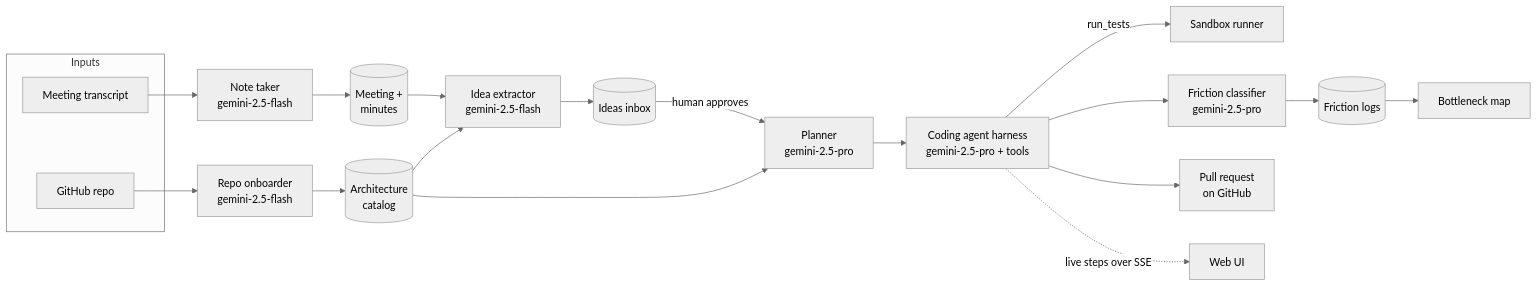
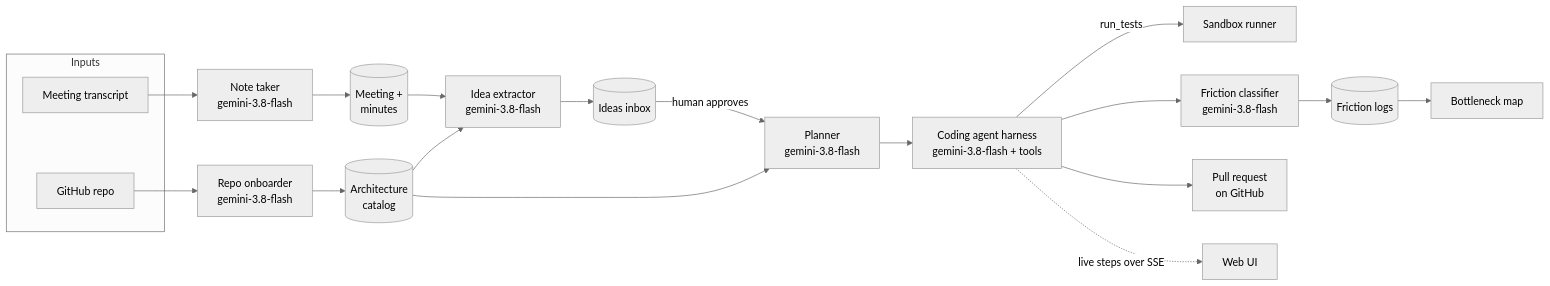
Before and after one commit to hamzam1997/tryout: the diagram in README.md, drawn with Mermaid (neutral theme). The commit also changed other lines of this file and 9 other files, not shown here.

First line of the commit message:
feat: move every agent stage to gemini-3.8-flash before 2.5 retires

````diff
--- a/README.md
+++ b/README.md
@@ -81,21 +81,21 @@
 ```mermaid
 flowchart LR
     subgraph Inputs
         R[GitHub repo]
         T[Meeting transcript]
     end
-    R --> O[Repo onboarder<br/>gemini-2.5-flash] --> C[(Architecture<br/>catalog)]
-    T --> N[Note taker<br/>gemini-2.5-flash] --> M[(Meeting +<br/>minutes)]
-    M --> X[Idea extractor<br/>gemini-2.5-flash]
+    R --> O[Repo onboarder<br/>gemini-3.8-flash] --> C[(Architecture<br/>catalog)]
+    T --> N[Note taker<br/>gemini-3.8-flash] --> M[(Meeting +<br/>minutes)]
+    M --> X[Idea extractor<br/>gemini-3.8-flash]
     C --> X
     X --> I[(Ideas inbox)]
-    I -- human approves --> P[Planner<br/>gemini-2.5-pro]
+    I -- human approves --> P[Planner<br/>gemini-3.8-flash]
     C --> P
-    P --> H[Coding agent harness<br/>gemini-2.5-pro + tools]
+    P --> H[Coding agent harness<br/>gemini-3.8-flash + tools]
     H -- run_tests --> S[Sandbox runner]
-    H --> F[Friction classifier<br/>gemini-2.5-pro]
+    H --> F[Friction classifier<br/>gemini-3.8-flash]
     F --> L[(Friction logs)]
     H --> PR[Pull request<br/>on GitHub]
     L --> B[Bottleneck map]
     H -. live steps over SSE .-> UI[Web UI]
 ```
````
